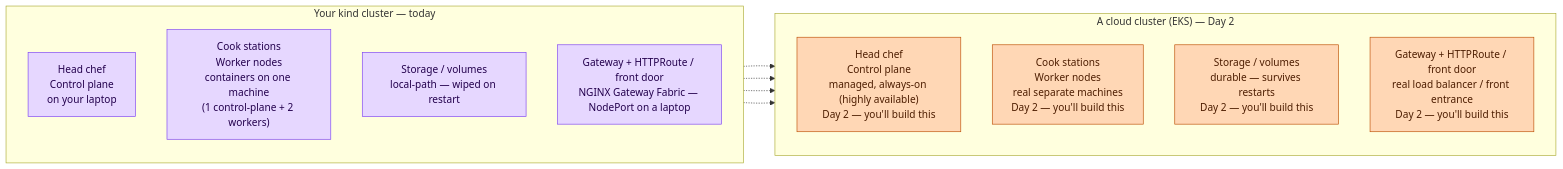
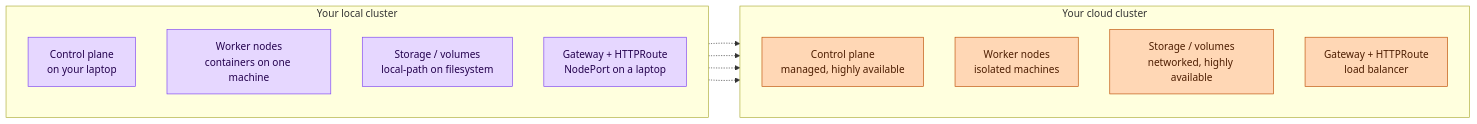
One commit to ALT-F4-LLC/fem-kubernetes changed the diagram in docs/workshop/diagrams/seg03-kind-vs-cloud.mmd. Above: the diagram before and after it, drawn with Mermaid. The commit also changed 2 other files, not shown here.

```diff
--- a/docs/workshop/diagrams/seg03-kind-vs-cloud.mmd
+++ b/docs/workshop/diagrams/seg03-kind-vs-cloud.mmd
@@ -1,22 +1,22 @@
 flowchart LR
-    subgraph KIND["Your kind cluster — today"]
+    subgraph KIND["Your local cluster"]
         direction TB
-        L1["Head chef<br/>Control plane<br/>on your laptop"]:::found
-        L2["Cook stations<br/>Worker nodes<br/>containers on one machine<br/>(1 control-plane + 2 workers)"]:::found
-        L3["Storage / volumes<br/>local-path — wiped on restart"]:::found
-        L4["Gateway + HTTPRoute / front door<br/>NGINX Gateway Fabric — NodePort on a laptop"]:::found
+        L1["Control plane<br/>on your laptop"]:::found
+        L2["Worker nodes<br/>containers on one machine"]:::found
+        L3["Storage / volumes<br/>local-path on filesystem"]:::found
+        L4["Gateway + HTTPRoute<br/>NodePort on a laptop"]:::found
     end
-    subgraph CLOUD["A cloud cluster (EKS) — Day 2"]
+    subgraph CLOUD["Your cloud cluster"]
         direction TB
-        R1["Head chef<br/>Control plane<br/>managed, always-on (highly available)<br/>Day 2 — you'll build this"]:::production
-        R2["Cook stations<br/>Worker nodes<br/>real separate machines<br/>Day 2 — you'll build this"]:::production
-        R3["Storage / volumes<br/>durable — survives restarts<br/>Day 2 — you'll build this"]:::production
-        R4["Gateway + HTTPRoute / front door<br/>real load balancer / front entrance<br/>Day 2 — you'll build this"]:::production
+        R1["Control plane<br/>managed, highly available"]:::production
+        R2["Worker nodes<br/>isolated machines"]:::production
+        R3["Storage / volumes<br/>networked, highly available"]:::production
+        R4["Gateway + HTTPRoute<br/>load balancer"]:::production
     end
     L1 -.-> R1
     L2 -.-> R2
     L3 -.-> R3
     L4 -.-> R4
 
     classDef found fill:#e6d7ff,stroke:#7a3ff2,color:#23004d
     classDef production fill:#ffd7b5,stroke:#bc4c00,color:#4d1d00
```
